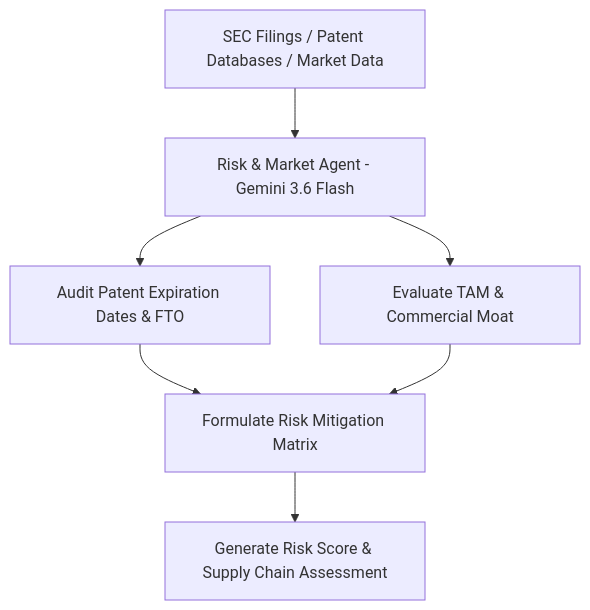
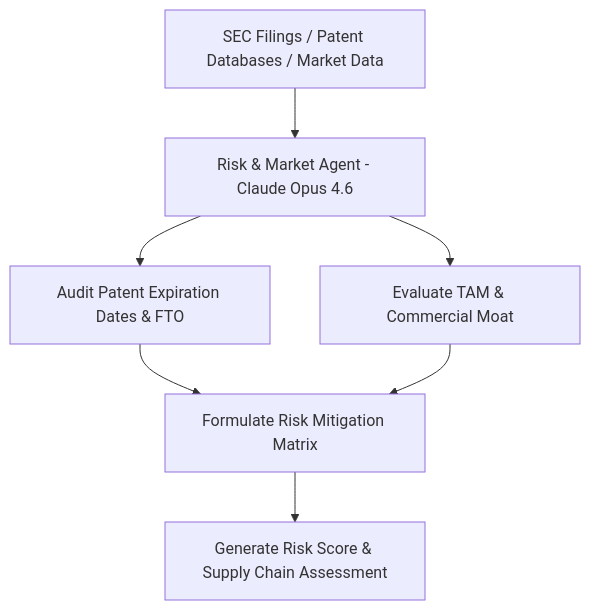
Before and after one commit to BretonsACT/IPO-Biotechnology: the diagram in agents/04_risk_market_agent.md, drawn with Mermaid. The commit also changed other lines of this file and 15 other files, not shown here.

Commit message:
Release v2.5: Revert Agent 4 to Claude Opus 4.6, restore Agent 1 filters, and bump version to 2.5

````diff
--- a/agents/04_risk_market_agent.md
+++ b/agents/04_risk_market_agent.md
@@ -20,8 +20,8 @@
 ```mermaid
 graph TD
-    A[SEC Filings / Patent Databases / Market Data] --> B[Risk & Market Agent - Gemini 3.6 Flash]
+    A[SEC Filings / Patent Databases / Market Data] --> B[Risk & Market Agent - Claude Opus 4.6]
     B --> C[Audit Patent Expiration Dates & FTO]
     B --> D[Evaluate TAM & Commercial Moat]
     C & D --> E[Formulate Risk Mitigation Matrix]
     E --> F[Generate Risk Score & Supply Chain Assessment]
 ```
````
